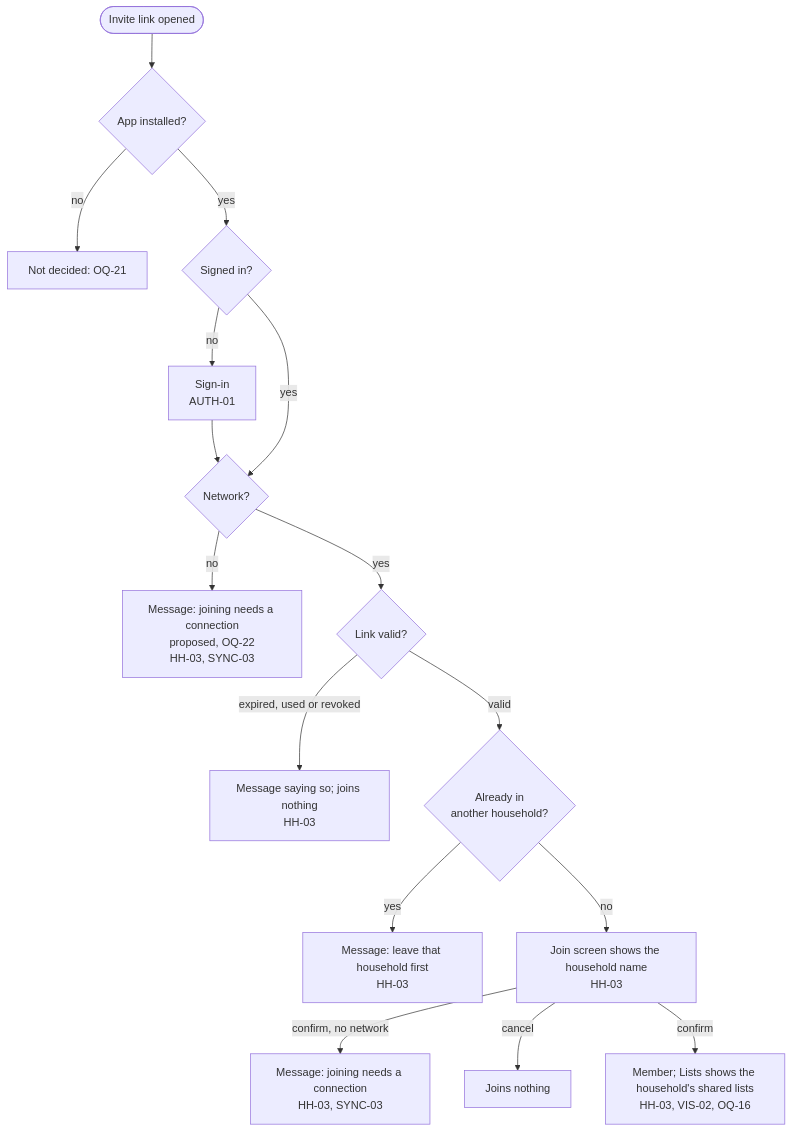
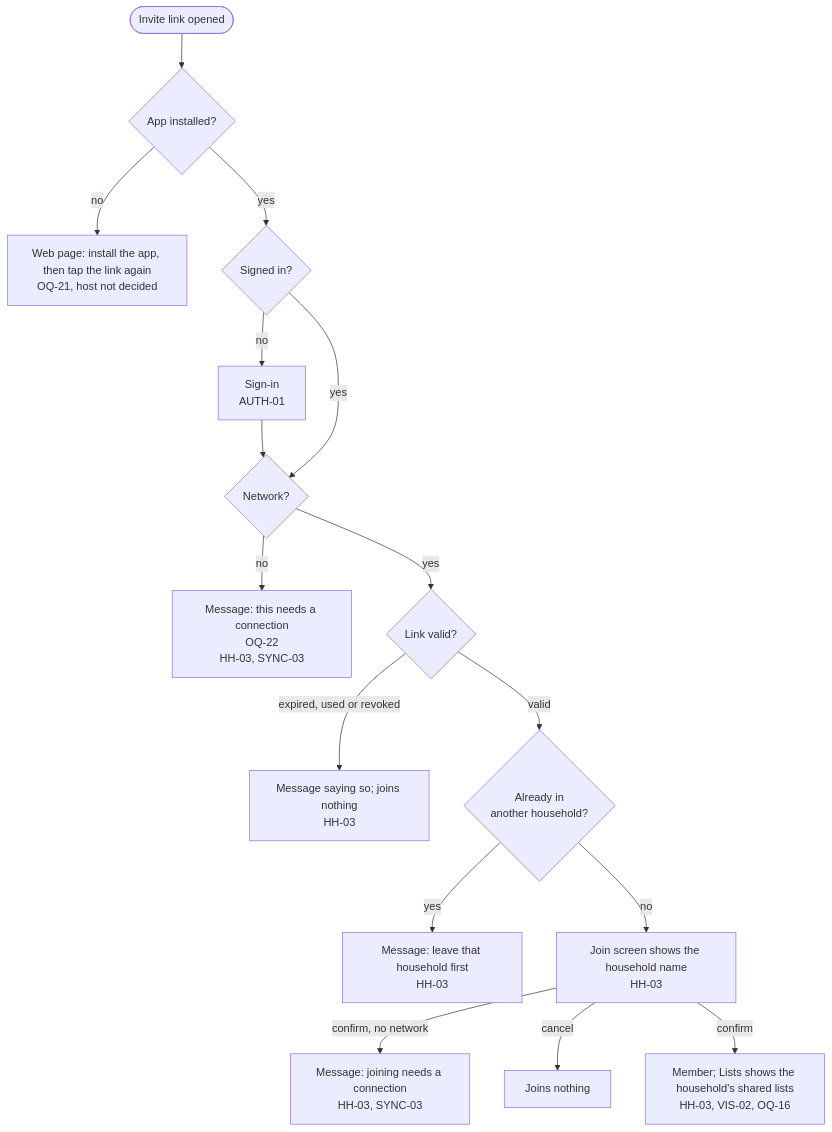
One commit to bondo/listicles2 changed the fourth of 10 diagrams in docs/product/flow.md. Above: the diagram before and after it, drawn with Mermaid. The commit also changed other lines of this file and 2 other files, not shown here.

First line of the commit message:
M0.5-03: draft visual-quality rubric; flow.md follows the owner decisions OQ-8..10, 14, 20..22

````diff
--- a/docs/product/flow.md
+++ b/docs/product/flow.md
@@ -105,17 +105,17 @@
 ```mermaid
 flowchart TD
     tap(["Invite link opened"]) --> installed{"App installed?"}
-    installed -- "no" --> store["Not decided: OQ-21"]
+    installed -- "no" --> store["Web page: install the app, then tap the link again<br>OQ-21, host not decided"]
     installed -- "yes" --> auth{"Signed in?"}
     auth -- "no" --> si["Sign-in<br>AUTH-01"] --> net
     auth -- "yes" --> net{"Network?"}
-    net -- "no" --> onet["Message: joining needs a connection<br>proposed, OQ-22<br>HH-03, SYNC-03"]
+    net -- "no" --> onet["Message: this needs a connection<br>OQ-22<br>HH-03, SYNC-03"]
     net -- "yes" --> check{"Link valid?"}
     check -- "expired, used or revoked" --> bad["Message saying so; joins nothing<br>HH-03"]
     check -- "valid" --> other{"Already in<br>another household?"}
     other -- "yes" --> leavefirst["Message: leave that household first<br>HH-03"]
     other -- "no" --> joinscr["Join screen shows the household name<br>HH-03"]
     joinscr -- "confirm, no network" --> jnet["Message: joining needs a connection<br>HH-03, SYNC-03"]
     joinscr -- "cancel" --> nojoin["Joins nothing"]
     joinscr -- "confirm" --> member["Member; Lists shows the household's shared lists<br>HH-03, VIS-02, OQ-16"]
 ```
````
